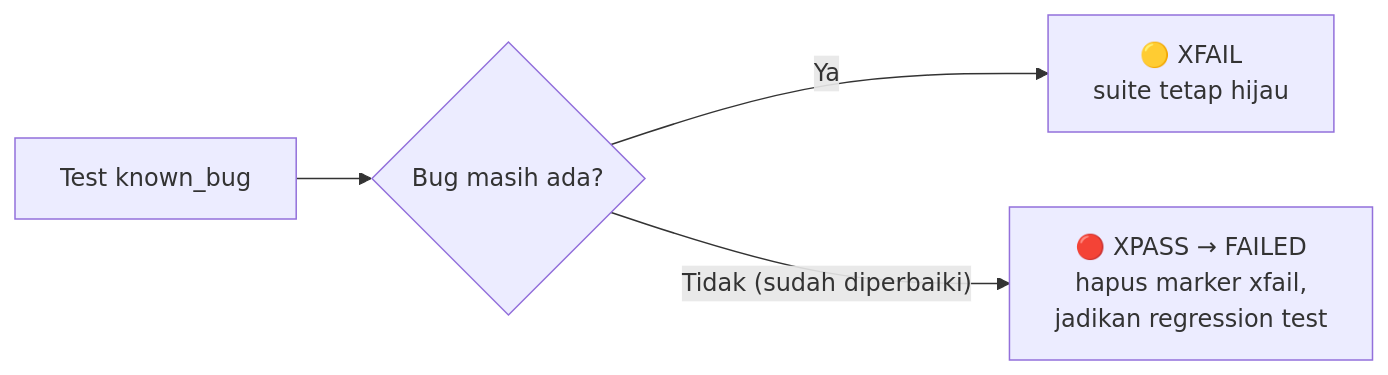
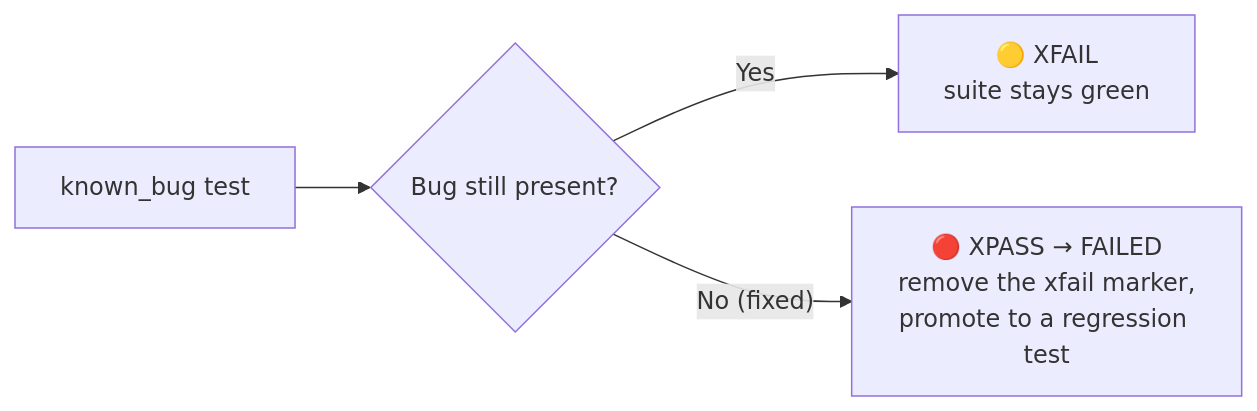
The fifth of 6 diagrams in README.md (HivanA98/Playwright_Python), drawn with Mermaid before and after one commit. The commit also changed other lines of this file, not shown here.

````diff
--- a/README.md
+++ b/README.md
@@ -295,6 +305,6 @@
 ```mermaid
 flowchart LR
-    T[Test known_bug] --> Q{Bug masih ada?}
-    Q -- Ya --> X["🟡 XFAIL<br/>suite tetap hijau"]
-    Q -- "Tidak (sudah diperbaiki)" --> F["🔴 XPASS → FAILED<br/>hapus marker xfail,<br/>jadikan regression test"]
+    T[known_bug test] --> Q{Bug still present?}
+    Q -- Yes --> X["🟡 XFAIL<br/>suite stays green"]
+    Q -- "No (fixed)" --> F["🔴 XPASS → FAILED<br/>remove the xfail marker,<br/>promote to a regression test"]
 ```
````
